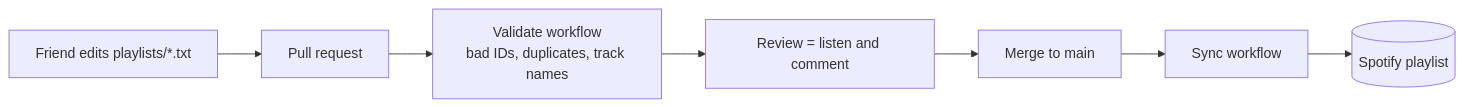
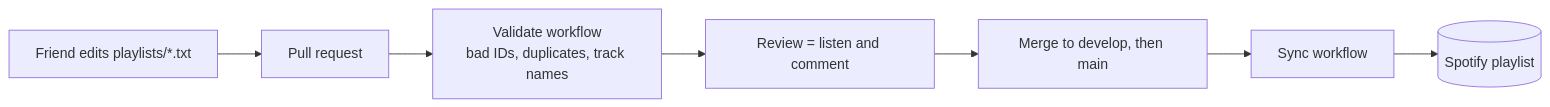
Before and after one commit to keito118/spotify-playlist-as-code: the diagram in README.md, drawn with Mermaid. The commit also changed other lines of this file and 5 other files, not shown here.

````diff
--- a/README.md
+++ b/README.md
@@ -14,9 +14,9 @@
 ```mermaid
 flowchart LR
   A[Friend edits playlists/*.txt] --> B[Pull request]
   B --> C[Validate workflow<br/>bad IDs, duplicates, track names]
   C --> D[Review = listen and comment]
-  D --> E[Merge to main]
+  D --> E[Merge to develop, then main]
   E --> F[Sync workflow]
   F --> G[(Spotify playlist)]
 ```
````
